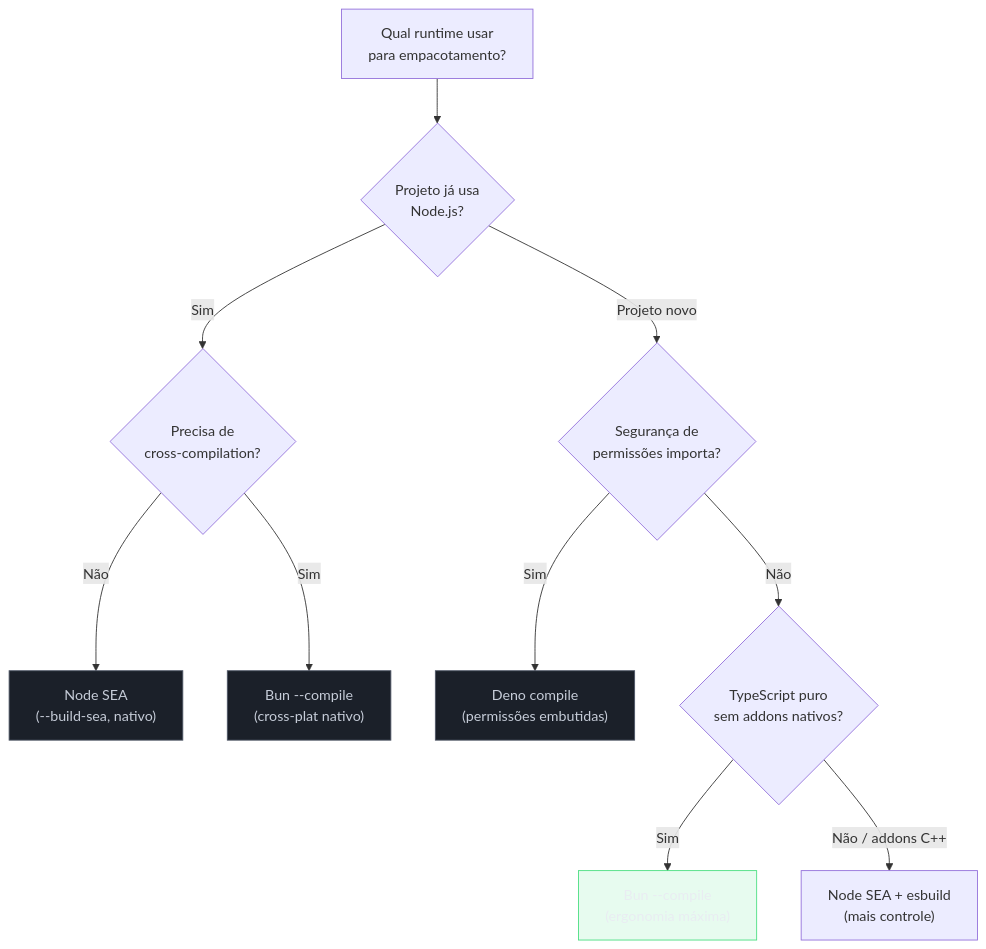
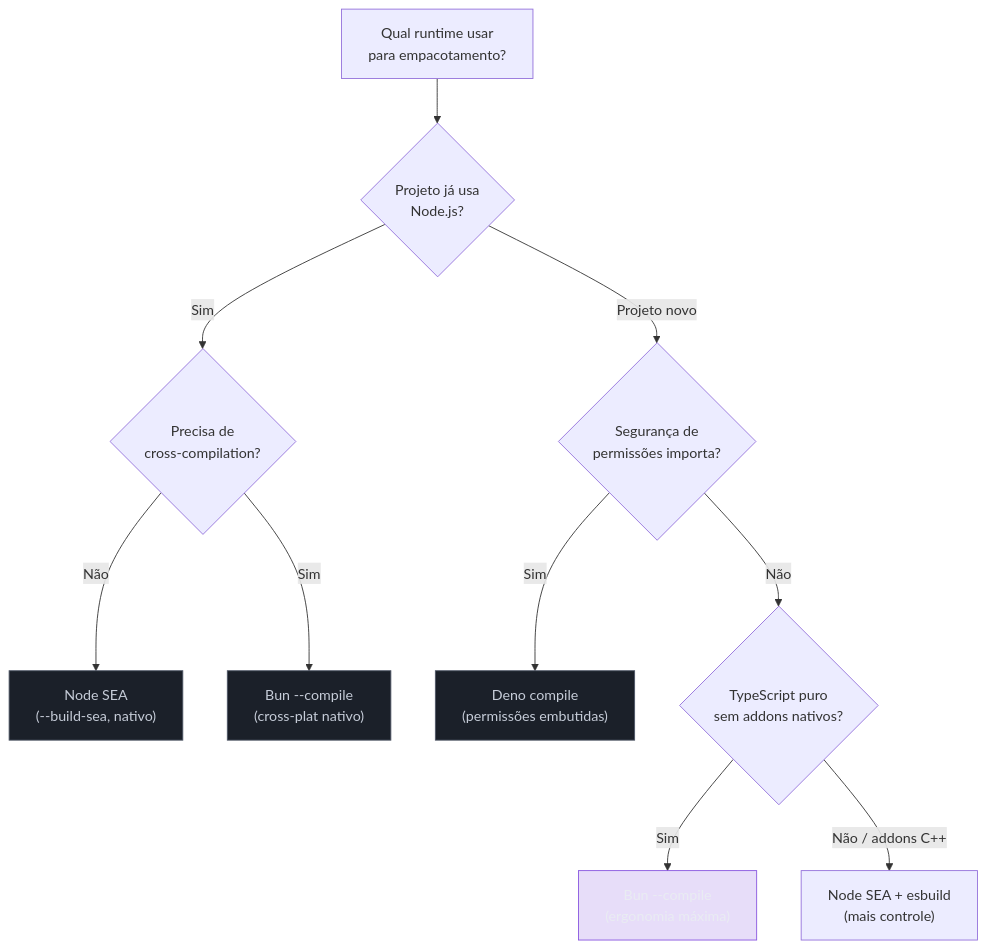
The fourth of 6 diagrams in 03-Dominios/Tecnologia/Tooling e Build/22 - Single Executable Apps (SEA) e empacotamento.md (josenaldo/codex-technomanticus), drawn with Mermaid before and after one commit. The commit also changed other lines of this file and 601 other files, not shown here.

````diff
--- a/03-Dominios/Tecnologia/Tooling e Build/22 - Single Executable Apps (SEA) e empacotamento.md
+++ b/03-Dominios/Tecnologia/Tooling e Build/22 - Single Executable Apps (SEA) e empacotamento.md
@@ -432,22 +432,22 @@
 ```mermaid
 graph TD
+    classDef marca fill:#8855DF33,stroke:#8855DF,color:#E9ECF2
     classDef neutro fill:#1B2029,stroke:#4E5666,color:#C6CCD8
-    classDef ok fill:#4ADE8021,stroke:#4ADE80,color:#E9ECF2
     Q["Qual runtime usar\npara empacotamento?"]
 
     Q --> R1{"Projeto já usa\nNode.js?"}
     R1 -->|"Sim"| R2{"Precisa de\ncross-compilation?"}
     R2 -->|"Não"| R3["Node SEA\n(--build-sea, nativo)"]
     R2 -->|"Sim"| R4["Bun --compile\n(cross-plat nativo)"]
 
     R1 -->|"Projeto novo"| R5{"Segurança de\npermissões importa?"}
     R5 -->|"Sim"| R6["Deno compile\n(permissões embutidas)"]
     R5 -->|"Não"| R7{"TypeScript puro\nsem addons nativos?"}
     R7 -->|"Sim"| R8["Bun --compile\n(ergonomia máxima)"]
     R7 -->|"Não / addons C++"| R9["Node SEA + esbuild\n(mais controle)"]
 
     class R3 neutro
     class R4 neutro
     class R6 neutro
-    class R8 ok
+    class R8 marca
 ```
````
